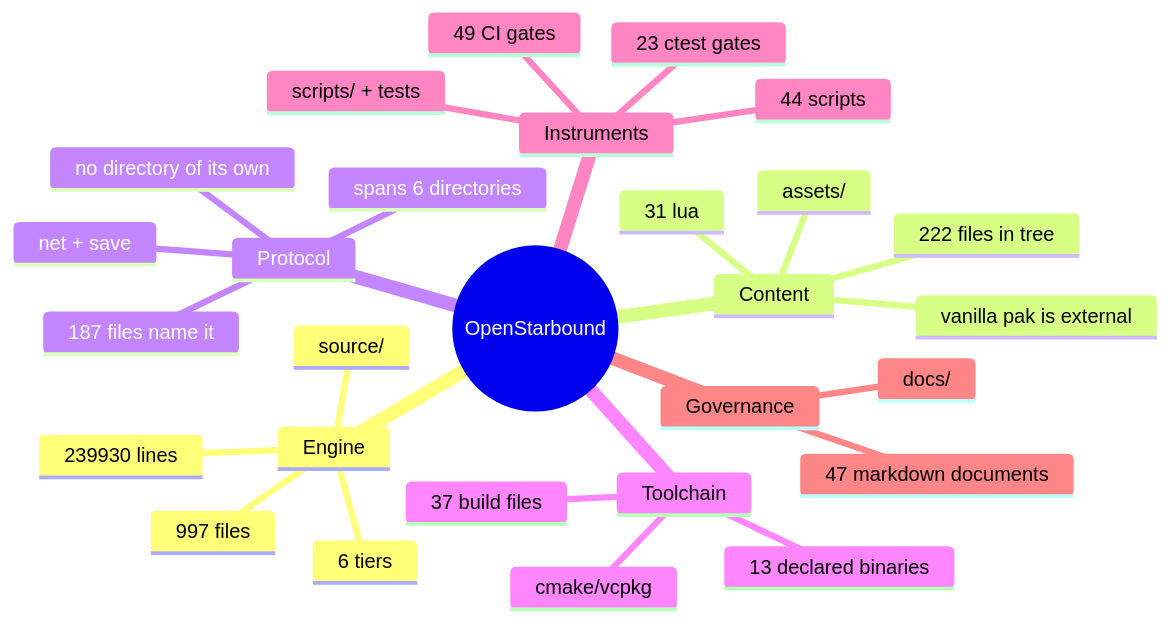
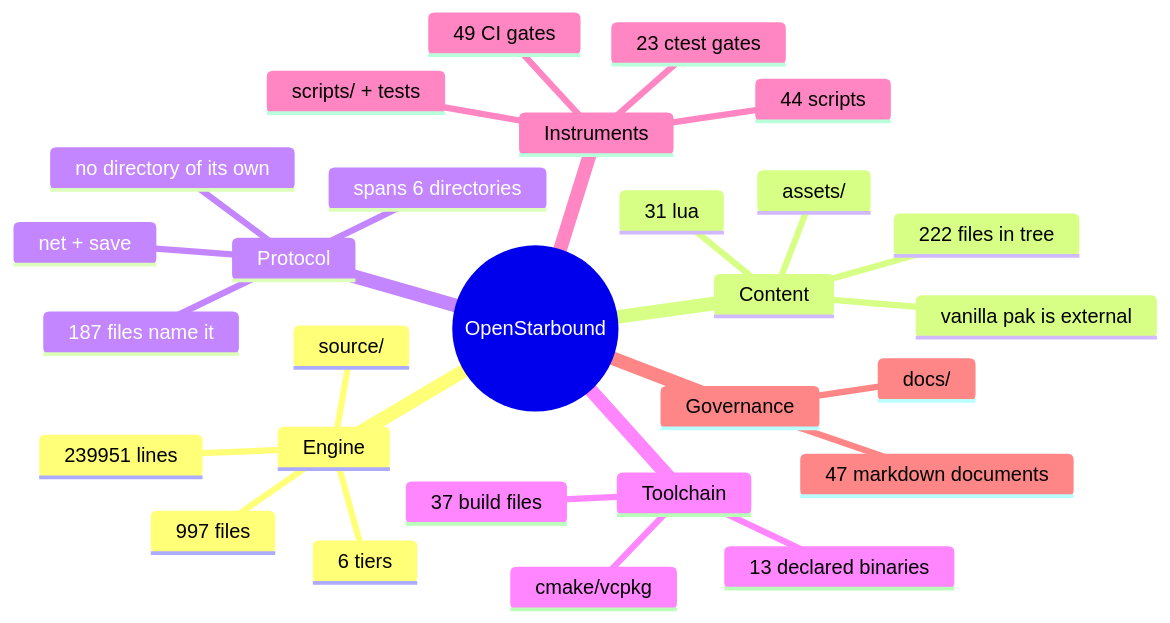
One commit to apnex/OpenStarbound changed the second of 11 diagrams in docs/architecture/system-boundaries.md. Above: the diagram before and after it, drawn with Mermaid. The commit also changed other lines of this file and 6 other files, not shown here.

````diff
--- a/docs/architecture/system-boundaries.md
+++ b/docs/architecture/system-boundaries.md
@@ -166,31 +166,31 @@
 ```mermaid
 mindmap
   root((OpenStarbound))
     Engine
       source/
       997 files
-      239930 lines
+      239951 lines
       6 tiers
     Content
       assets/
       222 files in tree
       31 lua
       vanilla pak is external
     Protocol
       net + save
       187 files name it
       spans 6 directories
       no directory of its own
     Toolchain
       cmake/vcpkg
       37 build files
       13 declared binaries
     Instruments
       scripts/ + tests
       44 scripts
       23 ctest gates
       49 CI gates
     Governance
       docs/
       47 markdown documents
 ```
````
